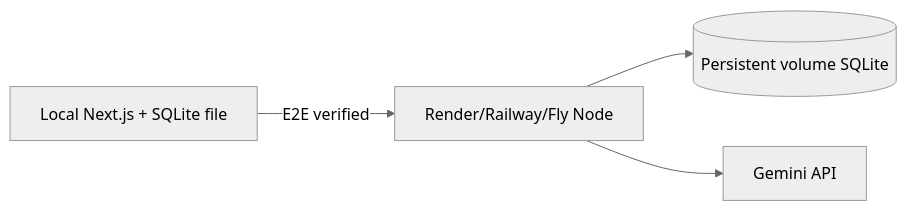
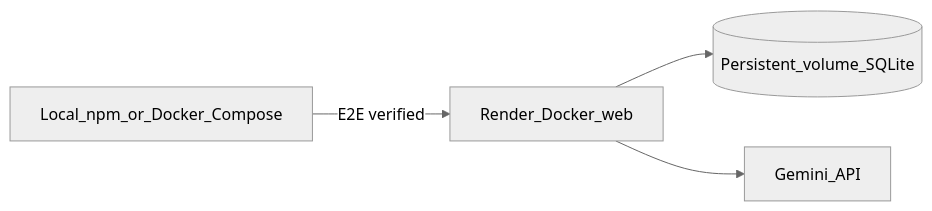
The seventh of 7 diagrams in docs/ARCHITECTURE.md (akshatnavlani/ThisWeekAI_Assignment), drawn with Mermaid (neutral theme) before and after one commit. The commit also changed other lines of this file and 12 other files, not shown here.

First line of the commit message:
Ship M8 Docker + SQLite deploy path with Compose and Render blueprint.

````diff
--- a/docs/ARCHITECTURE.md
+++ b/docs/ARCHITECTURE.md
@@ -223,6 +223,6 @@
 ```mermaid
 flowchart LR
-  Dev[Local Next.js + SQLite file] -->|E2E verified| Host[Render/Railway/Fly Node]
-  Host --> Disk[(Persistent volume SQLite)]
-  Host --> Gem[Gemini API]
+  Dev[Local_npm_or_Docker_Compose] -->|E2E verified| Host[Render_Docker_web]
+  Host --> Disk[(Persistent_volume_SQLite)]
+  Host --> Gem[Gemini_API]
 ```
````
